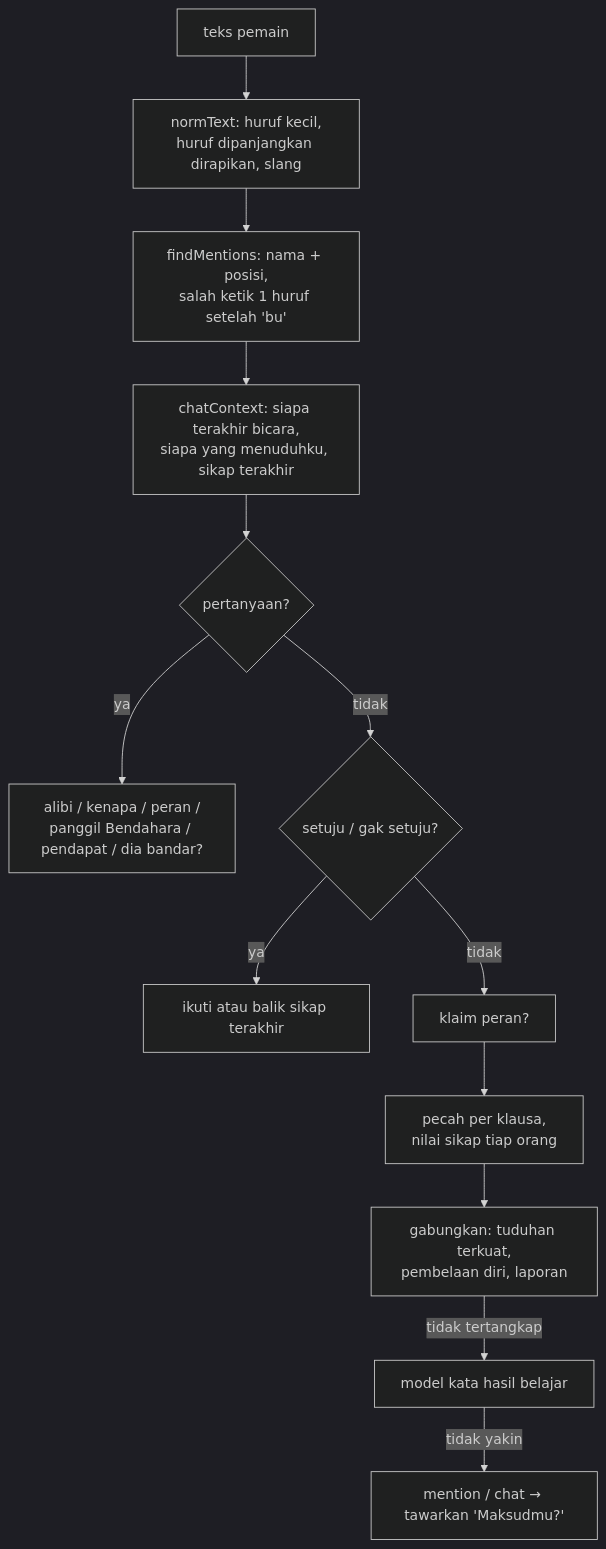
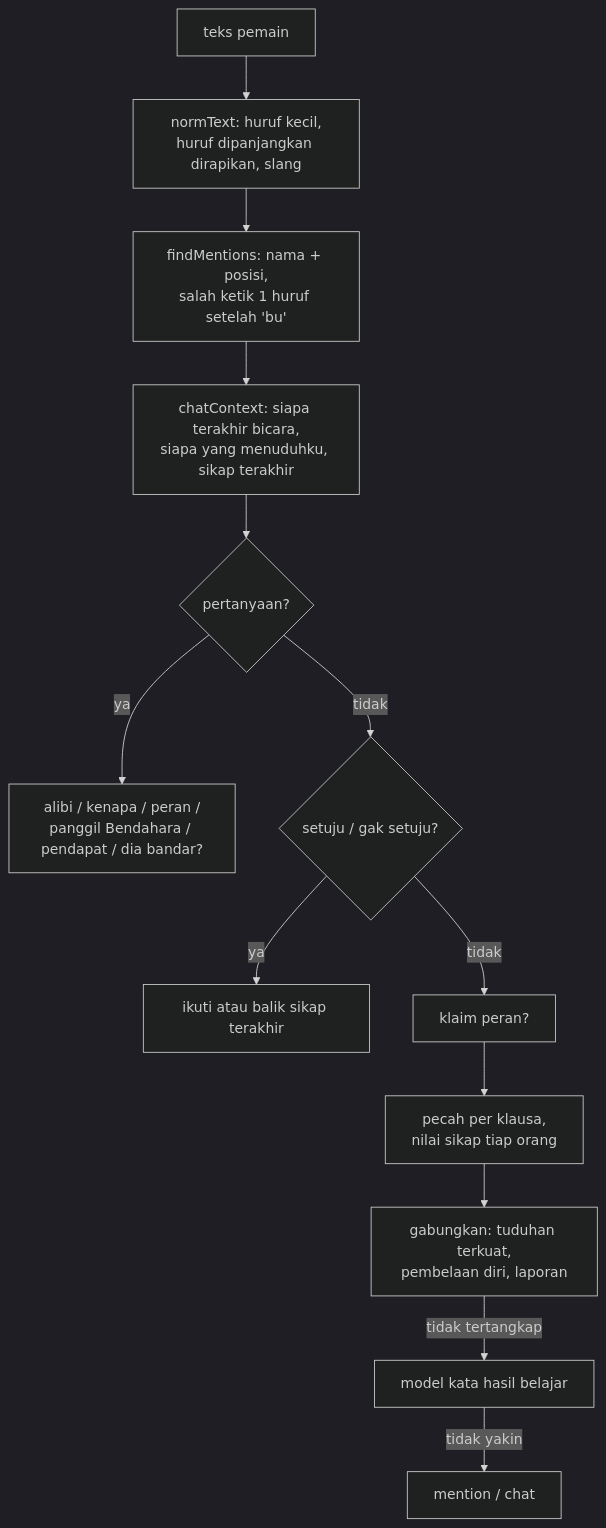
One commit to thofik93/arisan changed the third of 4 diagrams in docs/TEKNIS.md. Above: the diagram before and after it, drawn with Mermaid (dark theme). The commit also changed other lines of this file and 9 other files, not shown here.

````diff
--- a/docs/TEKNIS.md
+++ b/docs/TEKNIS.md
@@ -287,15 +287,15 @@
 ```mermaid
 flowchart TD
   T[teks pemain] --> N[normText: huruf kecil,<br/>huruf dipanjangkan dirapikan, slang]
   N --> M[findMentions: nama + posisi,<br/>salah ketik 1 huruf setelah 'bu']
   M --> C[chatContext: siapa terakhir bicara,<br/>siapa yang menuduhku, sikap terakhir]
   C --> Q{pertanyaan?}
   Q -- ya --> QA[alibi / kenapa / peran /<br/>panggil Bendahara / pendapat / dia bandar?]
   Q -- tidak --> AG{setuju / gak setuju?}
   AG -- ya --> AGR[ikuti atau balik sikap terakhir]
   AG -- tidak --> CL[klaim peran?]
   CL --> K[pecah per klausa,<br/>nilai sikap tiap orang]
   K --> R[gabungkan: tuduhan terkuat,<br/>pembelaan diri, laporan]
   R -- tidak tertangkap --> NB[model kata hasil belajar]
-  NB -- tidak yakin --> X[mention / chat → tawarkan 'Maksudmu?']
+  NB -- tidak yakin --> X[mention / chat]
 ```
````
